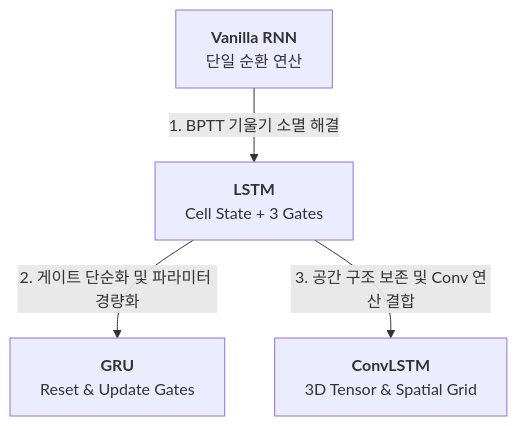
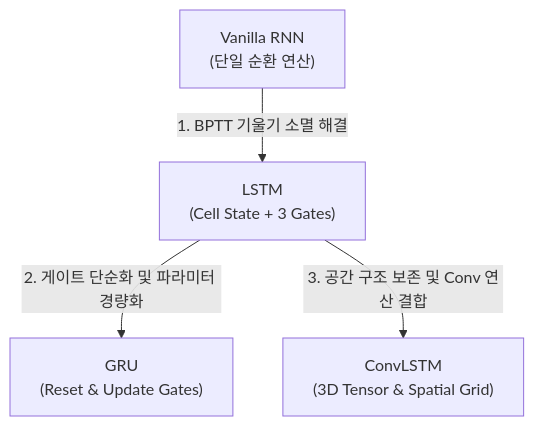
The diagram in content/posts/convlstm-concept.ko.md (dutlsl/dutlsl.github.io), drawn with Mermaid before and after one commit. The commit also changed 2 other files, not shown here.

Commit message:
Fix Mermaid JS script loading and clean diagram syntax

````diff
--- a/content/posts/convlstm-concept.ko.md
+++ b/content/posts/convlstm-concept.ko.md
@@ -22,11 +22,11 @@
 ```mermaid
 flowchart TD
-    A["<b>Vanilla RNN</b><br/>단일 순환 연산"] 
-    B["<b>LSTM</b><br/>Cell State + 3 Gates"]
-    C["<b>GRU</b><br/>Reset & Update Gates"]
-    D["<b>ConvLSTM</b><br/>3D Tensor & Spatial Grid"]
+    A["Vanilla RNN<br/>(단일 순환 연산)"] 
+    B["LSTM<br/>(Cell State + 3 Gates)"]
+    C["GRU<br/>(Reset & Update Gates)"]
+    D["ConvLSTM<br/>(3D Tensor & Spatial Grid)"]
 
     A -->|1. BPTT 기울기 소멸 해결| B
     B -->|2. 게이트 단순화 및 파라미터 경량화| C
     B -->|3. 공간 구조 보존 및 Conv 연산 결합| D
 ```
````
